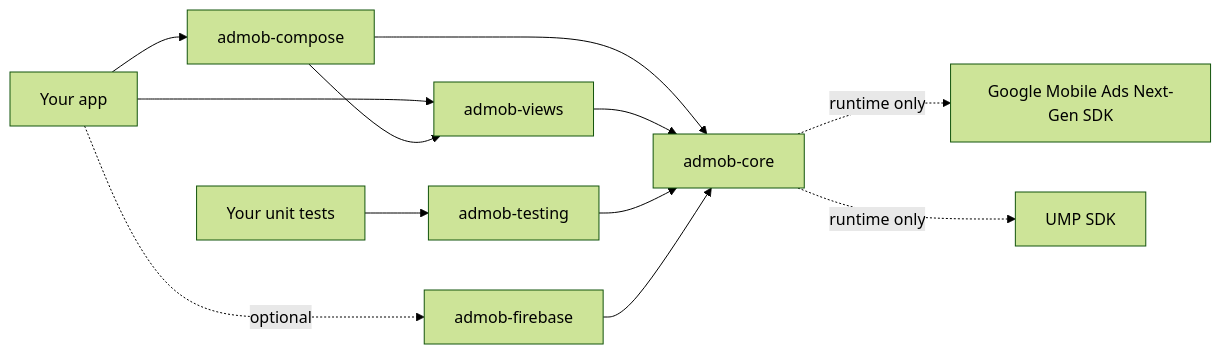
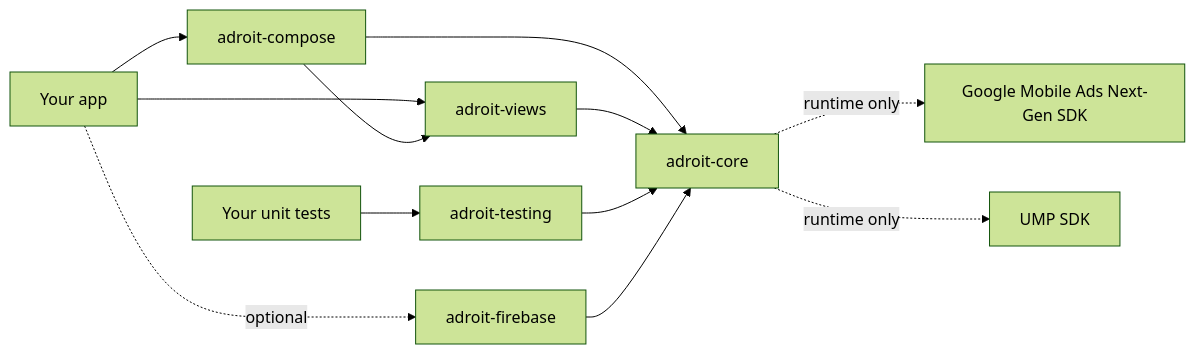
Before and after one commit to TheSobiaAkbar/Adroit: the first of 2 diagrams in docs/ARCHITECTURE.md, drawn with Mermaid (forest theme). The commit also changed other lines of this file and 947 other files, not shown here.

````diff
--- a/docs/ARCHITECTURE.md
+++ b/docs/ARCHITECTURE.md
@@ -9,12 +9,12 @@
 ```mermaid
 flowchart LR
-  app[Your app] --> compose[admob-compose]
-  app --> views[admob-views]
+  app[Your app] --> compose[adroit-compose]
+  app --> views[adroit-views]
   compose --> views
-  compose --> core[admob-core]
+  compose --> core[adroit-core]
   views --> core
   core -. runtime only .-> gma[Google Mobile Ads Next-Gen SDK]
   core -. runtime only .-> ump[UMP SDK]
-  tests[Your unit tests] --> testing[admob-testing] --> core
-  app -. optional .-> firebase[admob-firebase] --> core
+  tests[Your unit tests] --> testing[adroit-testing] --> core
+  app -. optional .-> firebase[adroit-firebase] --> core
 ```
````
